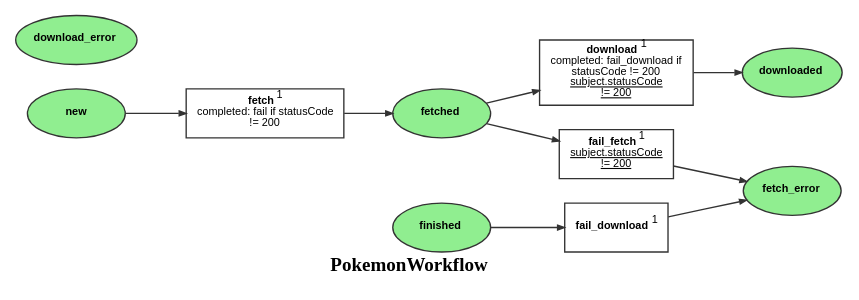
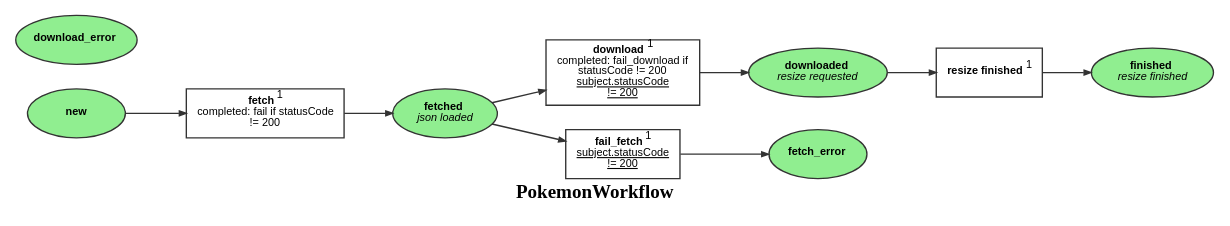
Before and after one commit to survos-sites/pokemon: the diagram in doc/PokemonWorkflow.dot, drawn with Graphviz. The commit also changed 9 other files, not shown here.

```diff
--- a/doc/PokemonWorkflow.dot
+++ b/doc/PokemonWorkflow.dot
@@ -1,24 +1,24 @@
 digraph workflow {
   ratio="compress" rankdir="LR" label=<<B>PokemonWorkflow</B>>
   node [fontsize="8" fontname="Arial" color="#333333" fillcolor="lightgreen" fixedsize="false" width="1"];
   edge [fontsize="7" fontname="Arial" color="#333333" arrowhead="normal" arrowsize="0.5"];
 
   place_new [label=<<B>new</B>>, shape=oval fillcolor="lightgreen" style="filled"];
-  place_fetched [label=<<B>fetched</B>>, shape=oval fillcolor="lightgreen" style="filled"];
-  place_downloaded [label=<<B>downloaded</B>>, shape=oval fillcolor="lightgreen" style="filled"];
-  place_finished [label=<<B>finished</B>>, shape=oval fillcolor="lightgreen" style="filled"];
+  place_fetched [label=<<B>fetched</B><BR/><I>json loaded</I>>, shape=oval fillcolor="lightgreen" style="filled"];
+  place_downloaded [label=<<B>downloaded</B><BR/><I>resize requested</I>>, shape=oval fillcolor="lightgreen" style="filled"];
+  place_finished [label=<<B>finished</B><BR/><I>resize finished</I>>, shape=oval fillcolor="lightgreen" style="filled"];
   place_fetch_error [label=<<B>fetch_error</B>>, shape=oval fillcolor="lightgreen" style="filled"];
   place_download_error [label=<<B>download_error</B>>, shape=oval fillcolor="lightgreen" style="filled"];
   transition_0 [label=<<B>fetch</B><SUP>1</SUP><BR/>completed: fail if statusCode<BR/>!= 200>, shape="box" regular=""];
   transition_1 [label=<<B>download</B><SUP>1</SUP><BR/>completed: fail_download if<BR/>statusCode != 200<BR/><U>subject.statusCode<BR/>!= 200</U>>, shape="box" regular=""];
   transition_2 [label=<<B>fail_fetch</B><SUP>1</SUP><BR/><U>subject.statusCode<BR/>!= 200</U>>, shape="box" regular=""];
-  transition_3 [label=<<B>fail_download</B><SUP>1</SUP>>, shape="box" regular=""];
+  transition_3 [label=<<B>resize finished</B><SUP>1</SUP>>, shape="box" regular=""];
   place_new -> transition_0 [style="solid", comment="new"];
   transition_0 -> place_fetched [style="solid"];
   place_fetched -> transition_1 [style="solid", comment="fetched"];
   transition_1 -> place_downloaded [style="solid"];
   place_fetched -> transition_2 [style="solid", comment="fetched"];
   transition_2 -> place_fetch_error [style="solid"];
-  place_finished -> transition_3 [style="solid", comment="finished"];
-  transition_3 -> place_fetch_error [style="solid"];
+  place_downloaded -> transition_3 [style="solid", comment="downloaded"];
+  transition_3 -> place_finished [style="solid"];
 }
```
